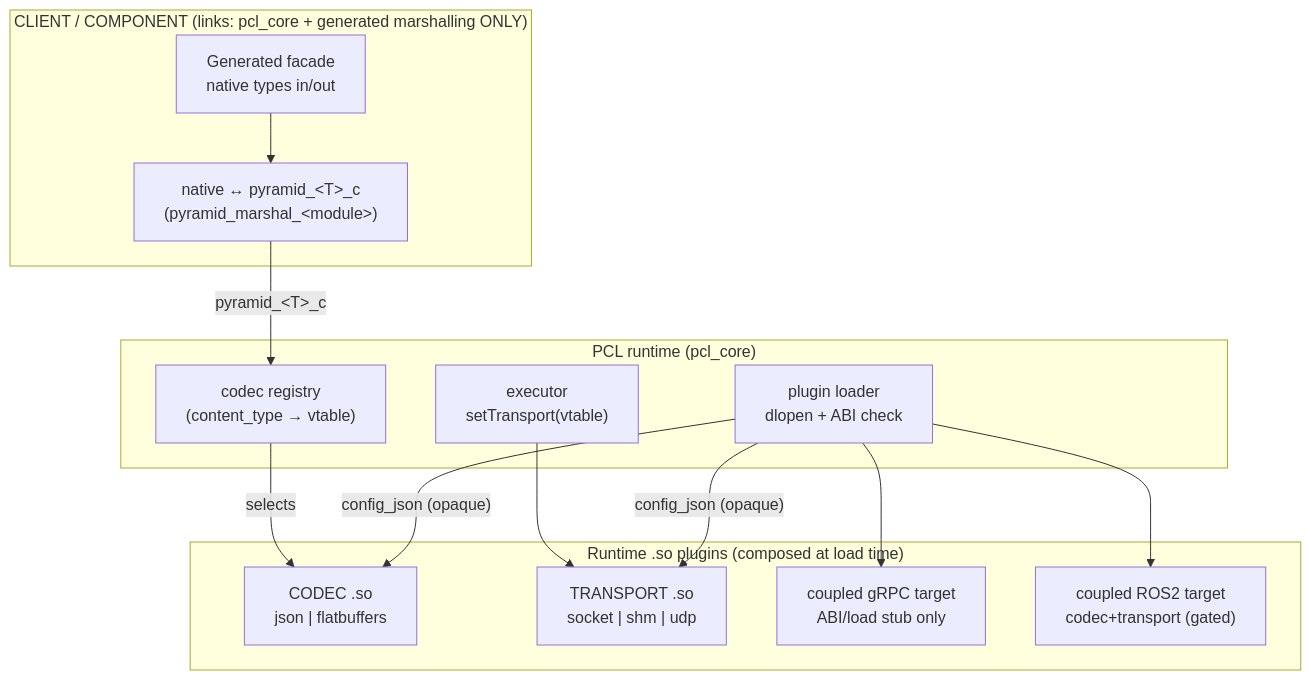
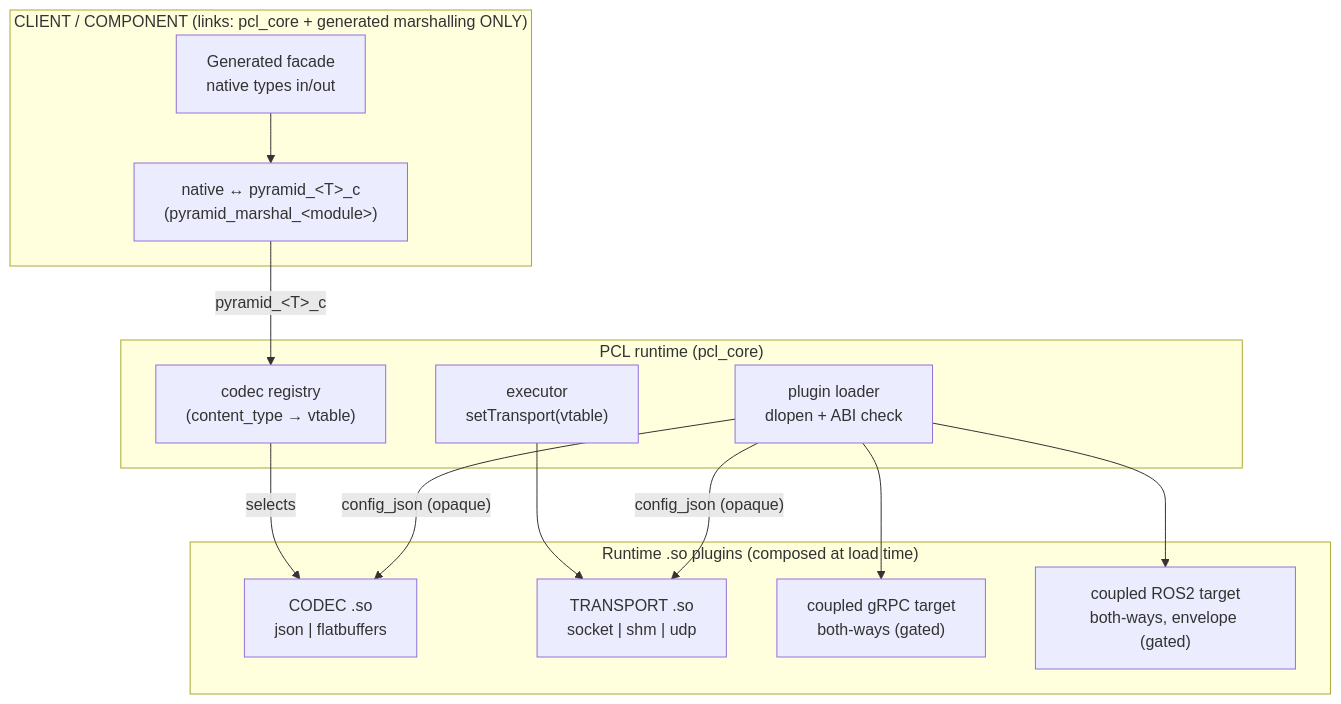
The first of 4 diagrams in subprojects/PYRAMID/doc/architecture/transport_codec_plugin_system.md (Ackoogin/mujin), drawn with Mermaid before and after one commit. The commit also changed other lines of this file and 27 other files, not shown here.

````diff
--- a/subprojects/PYRAMID/doc/architecture/transport_codec_plugin_system.md
+++ b/subprojects/PYRAMID/doc/architecture/transport_codec_plugin_system.md
@@ -26,29 +32,29 @@
 ```mermaid
 flowchart TB
   subgraph Client["CLIENT / COMPONENT  (links: pcl_core + generated marshalling ONLY)"]
     Facade["Generated facade<br/>native types in/out"]
     Marshal["native ↔ pyramid_&lt;T&gt;_c<br/>(pyramid_marshal_&lt;module&gt;)"]
     Facade --> Marshal
   end
 
   subgraph Registry["PCL runtime (pcl_core)"]
     CodecReg["codec registry<br/>(content_type → vtable)"]
     Exec["executor<br/>setTransport(vtable)"]
     Loader["plugin loader<br/>dlopen + ABI check"]
   end
 
   subgraph Plugins["Runtime .so plugins (composed at load time)"]
     CodecSO["CODEC .so<br/>json | flatbuffers"]
     TransSO["TRANSPORT .so<br/>socket | shm | udp"]
-    Grpc["coupled gRPC target<br/>ABI/load stub only"]
-    Ros2["coupled ROS2 target<br/>codec+transport (gated)"]
+    Grpc["coupled gRPC target<br/>both-ways (gated)"]
+    Ros2["coupled ROS2 target<br/>both-ways, envelope (gated)"]
   end
 
   Marshal -- "pyramid_&lt;T&gt;_c" --> CodecReg
   CodecReg -- selects --> CodecSO
   Exec --> TransSO
   Loader -- "config_json (opaque)" --> CodecSO
   Loader -- "config_json (opaque)" --> TransSO
   Loader --> Grpc
   Loader --> Ros2
 ```
````
